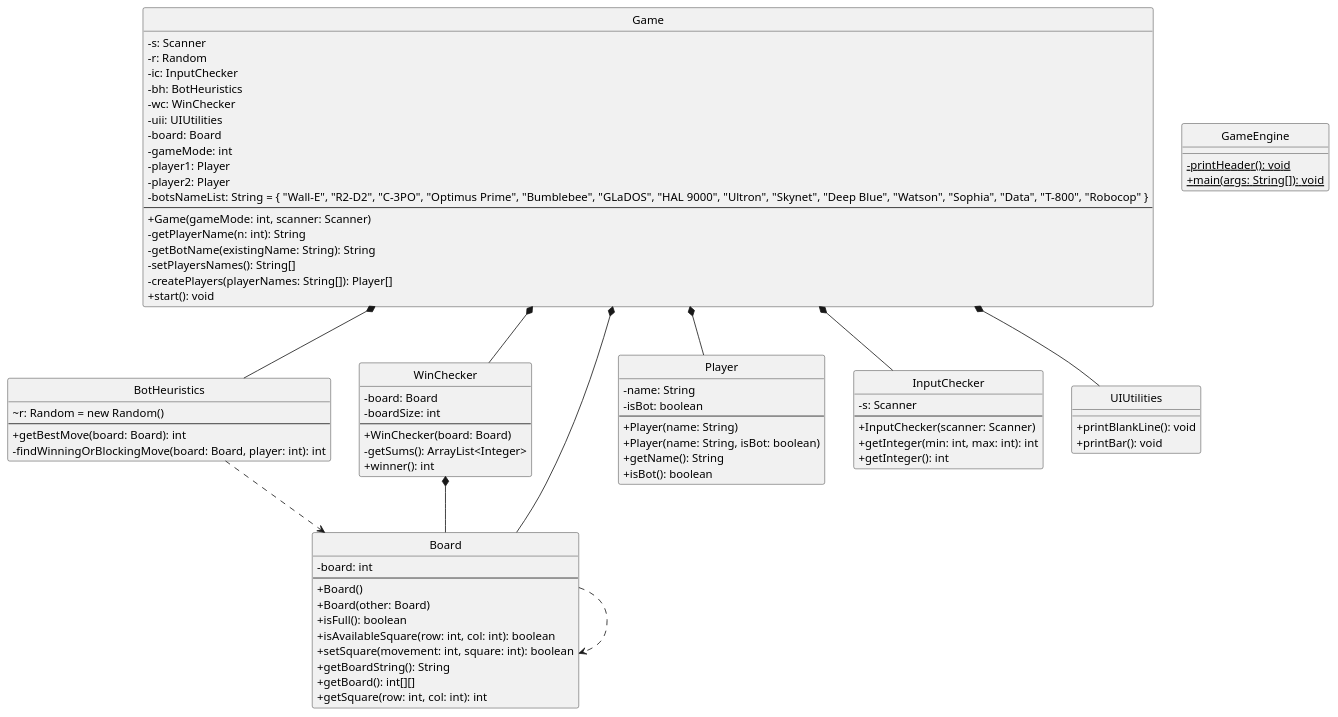
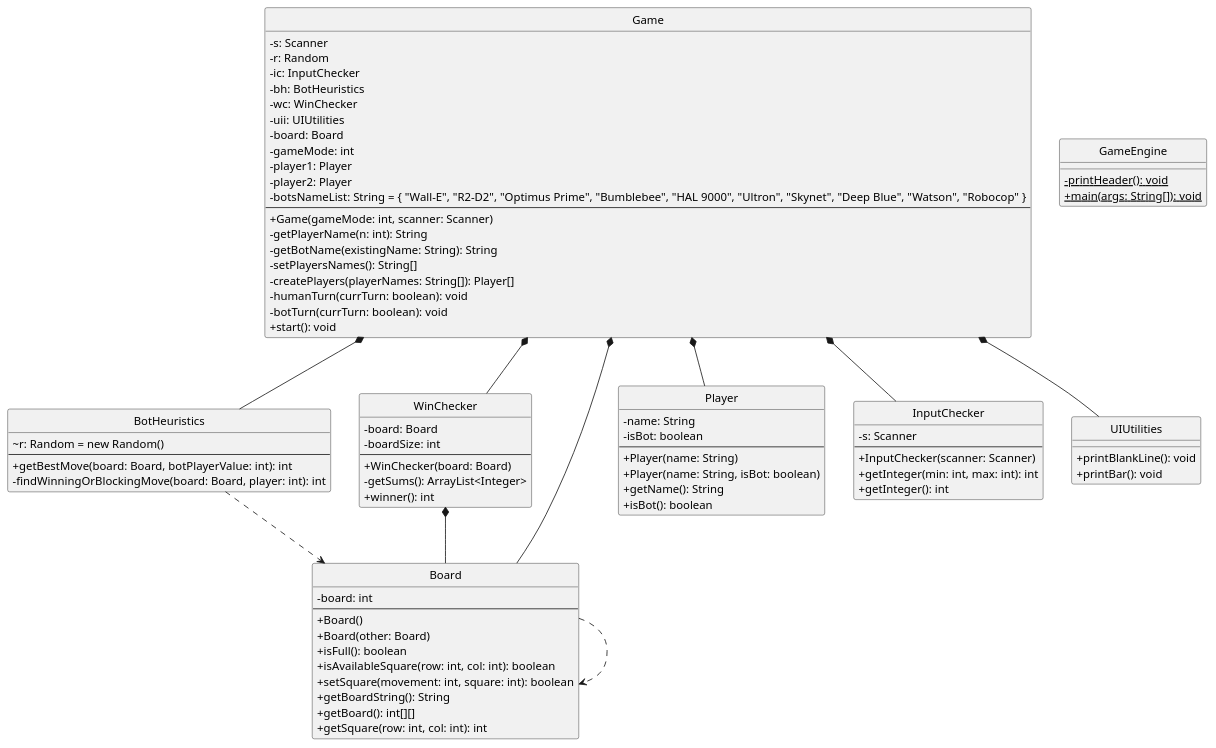
Before and after one commit to Andresit1524/TicTacToe: the diagram in .UML/src.puml, drawn with PlantUML. The commit also changed other lines of this file and 5 other files, not shown here.

```diff
--- a/.UML/src.puml
+++ b/.UML/src.puml
@@ -6,92 +6,94 @@
 @startuml
 skinparam classAttributeIconSize 0
 hide circle
 
 class BotHeuristics {
   ~r: Random = new Random()
   --
-  +getBestMove(board: Board): int
+  +getBestMove(board: Board, botPlayerValue: int): int
   -findWinningOrBlockingMove(board: Board, player: int): int
 }
 
 class Game {
   -s: Scanner
   -r: Random
   -ic: InputChecker
   -bh: BotHeuristics
   -wc: WinChecker
   -uii: UIUtilities
   -board: Board
   -gameMode: int
   -player1: Player
   -player2: Player
-  -botsNameList: String = { "Wall-E", "R2-D2", "C-3PO", "Optimus Prime", "Bumblebee", "GLaDOS", "HAL 9000", "Ultron", "Skynet", "Deep Blue", "Watson", "Sophia", "Data", "T-800", "Robocop" }
+  -botsNameList: String = { "Wall-E", "R2-D2", "Optimus Prime", "Bumblebee", "HAL 9000", "Ultron", "Skynet", "Deep Blue", "Watson", "Robocop" }
   --
   +Game(gameMode: int, scanner: Scanner)
   -getPlayerName(n: int): String
   -getBotName(existingName: String): String
   -setPlayersNames(): String[]
   -createPlayers(playerNames: String[]): Player[]
+  -humanTurn(currTurn: boolean): void
+  -botTurn(currTurn: boolean): void
   +start(): void
 }
 
 class GameEngine {
   -{static} printHeader(): void
   +{static} main(args: String[]): void
 }
 
 class WinChecker {
   -board: Board
   -boardSize: int
   --
   +WinChecker(board: Board)
   -getSums(): ArrayList<Integer>
   +winner(): int
 }
 
 class Board {
   -board: int
   --
   +Board()
   +Board(other: Board)
   +isFull(): boolean
   +isAvailableSquare(row: int, col: int): boolean
   +setSquare(movement: int, square: int): boolean
   +getBoardString(): String
   +getBoard(): int[][]
   +getSquare(row: int, col: int): int
 }
 
 class Player {
   -name: String
   -isBot: boolean
   --
   +Player(name: String)
   +Player(name: String, isBot: boolean)
   +getName(): String
   +isBot(): boolean
 }
 
 class InputChecker {
   -s: Scanner
   --
   +InputChecker(scanner: Scanner)
   +getInteger(min: int, max: int): int
   +getInteger(): int
 }
 
 class UIUtilities {
   +printBlankLine(): void
   +printBar(): void
 }
 
 BotHeuristics ..> Board
 Game *-- InputChecker
 Game *-- BotHeuristics
 Game *-- WinChecker
 Game *-- UIUtilities
 Game *-- Board
 Game *-- Player
 WinChecker *-- Board
 Board ..> Board
 @enduml
```
